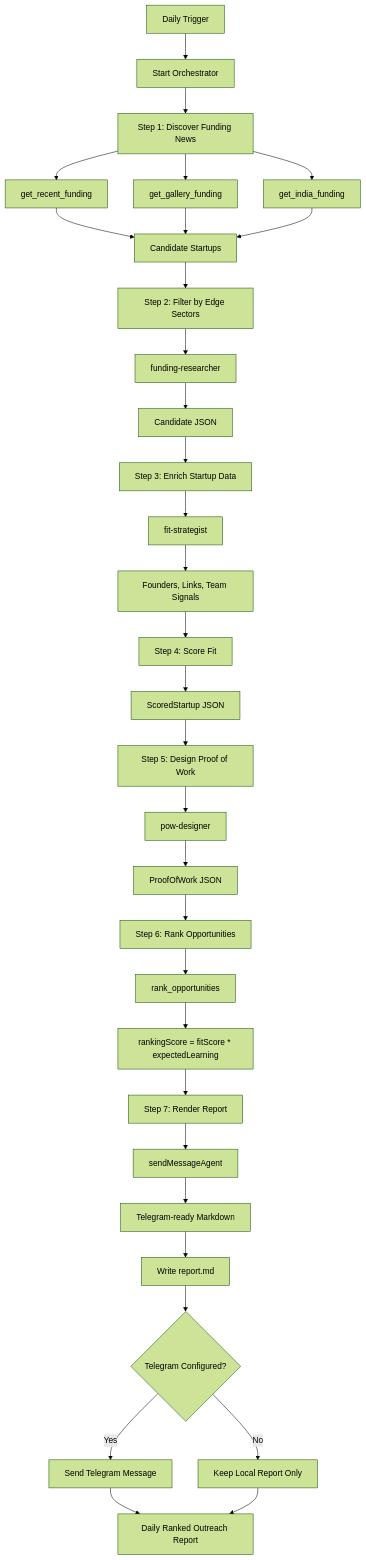
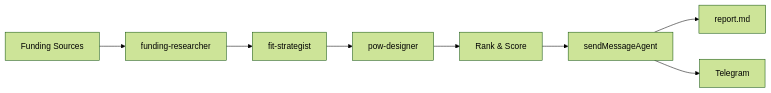
The diagram in README.md (uditya-kumar/FundingToOutreach), drawn with Mermaid (forest theme) before and after one commit. The commit also changed other lines of this file, not shown here.

Commit message:
refactor: simplify flowchart and update quick start instructions in README

````diff
--- a/README.md
+++ b/README.md
@@ -44,44 +44,10 @@
 ```mermaid
-flowchart TD
-    A[Daily Trigger] --> B[Start Orchestrator]
-
-    B --> C[Step 1: Discover Funding News]
-    C --> C1[get_recent_funding]
-    C --> C2[get_gallery_funding]
-    C --> C3[get_india_funding]
-    C1 --> D[Candidate Startups]
-    C2 --> D
-    C3 --> D
-
-    D --> E[Step 2: Filter by Edge Sectors]
-    E --> F[funding-researcher]
-    F --> G[Candidate JSON]
-
-    G --> H[Step 3: Enrich Startup Data]
-    H --> I[fit-strategist]
-    I --> J[Founders, Links, Team Signals]
-
-    J --> K[Step 4: Score Fit]
-    K --> L[ScoredStartup JSON]
-
-    L --> M[Step 5: Design Proof of Work]
-    M --> N[pow-designer]
-    N --> O[ProofOfWork JSON]
-
-    O --> P[Step 6: Rank Opportunities]
-    P --> Q[rank_opportunities]
-    Q --> R[rankingScore = fitScore * expectedLearning]
-
-    R --> S[Step 7: Render Report]
-    S --> T[sendMessageAgent]
-    T --> U[Telegram-ready Markdown]
-
-    U --> V[Write report.md]
-    V --> W{Telegram Configured?}
-
-    W -->|Yes| X[Send Telegram Message]
-    W -->|No| Y[Keep Local Report Only]
-
-    X --> Z[Daily Ranked Outreach Report]
-    Y --> Z
+flowchart LR
+    A[Funding Sources] --> B[funding-researcher]
+    B --> C[fit-strategist]
+    C --> D[pow-designer]
+    D --> E[Rank & Score]
+    E --> F[sendMessageAgent]
+    F --> G[report.md]
+    F --> H[Telegram]
 ```
````
